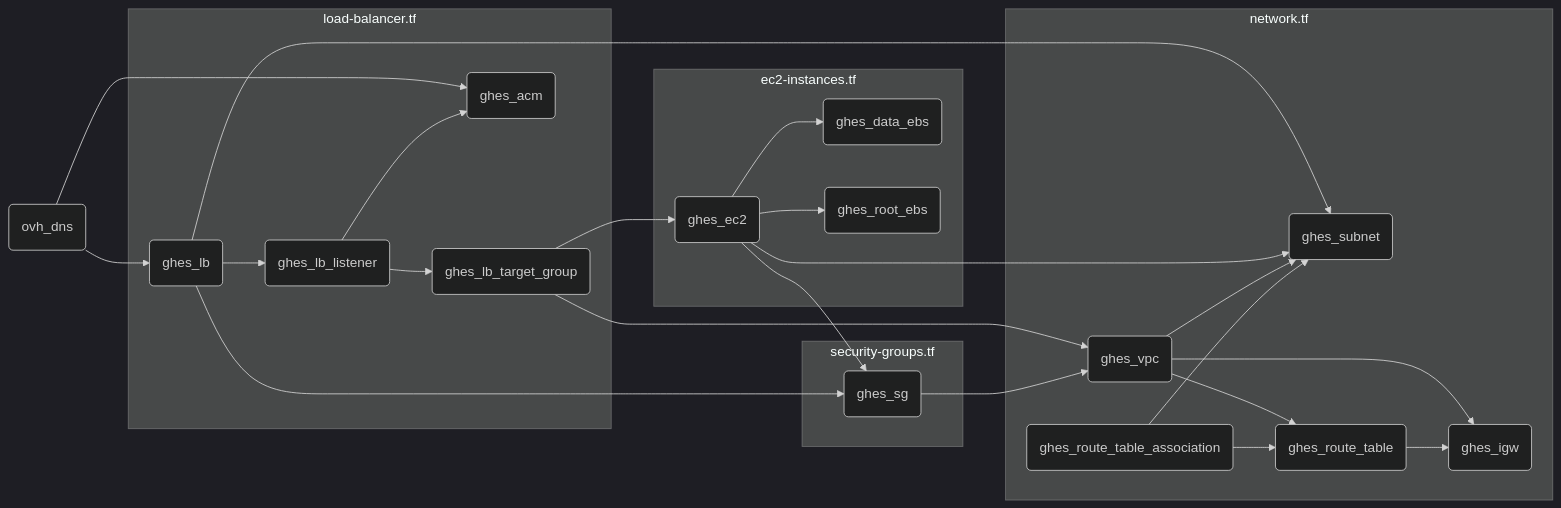
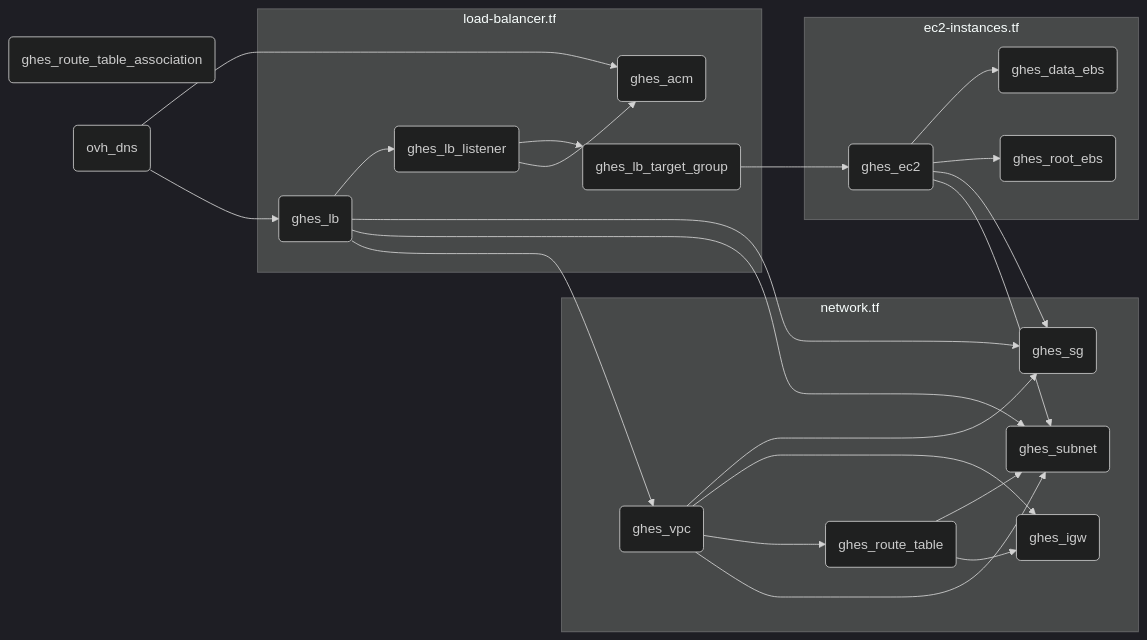
The diagram in README.md (tdupoiron-org/terraform-ghes), drawn with Mermaid (dark theme) before and after one commit.

Commit message:
Refactor network and load balancer configuration

````diff
--- a/README.md
+++ b/README.md
@@ -7,51 +7,49 @@
 ```mermaid
 flowchart LR
 vpc(ghes_vpc)
 subnet(ghes_subnet)
 internet_gateway(ghes_igw)
 route_table(ghes_route_table)
 route_table_association(ghes_route_table_association)
 security_group(ghes_sg)
 instance(ghes_ec2)
 volume_data(ghes_data_ebs)
 volume_root(ghes_root_ebs)
 alb(ghes_lb)
 alb_listener(ghes_lb_listener)
 alb_target_group(ghes_lb_target_group)
 acm(ghes_acm)
 ovh_dns(ovh_dns)
 
 subgraph "network.tf"
+vpc-->subnet
+vpc-->route_table
+vpc-->internet_gateway
+vpc-->security_group
 route_table-->internet_gateway
-route_table_association-->subnet
-route_table_association-->route_table
-vpc-->internet_gateway
-vpc-->route_table
-vpc-->subnet
-end
-
-subgraph "security-groups.tf"
-security_group-->vpc
+route_table-->subnet
 end
 
 subgraph "ec2-instances.tf"
 instance-->subnet
 instance-->security_group
 instance-->volume_root
 instance-->volume_data
 end
 
 subgraph "load-balancer.tf"
+alb-->vpc
 alb-->subnet
 alb-->security_group
 alb-->alb_listener
+
 alb_listener-->acm
 alb_listener-->alb_target_group
-alb_target_group-->vpc
+
 alb_target_group-->instance
 end
 
 ovh_dns-->alb
 ovh_dns-->acm
 
 ```
````
